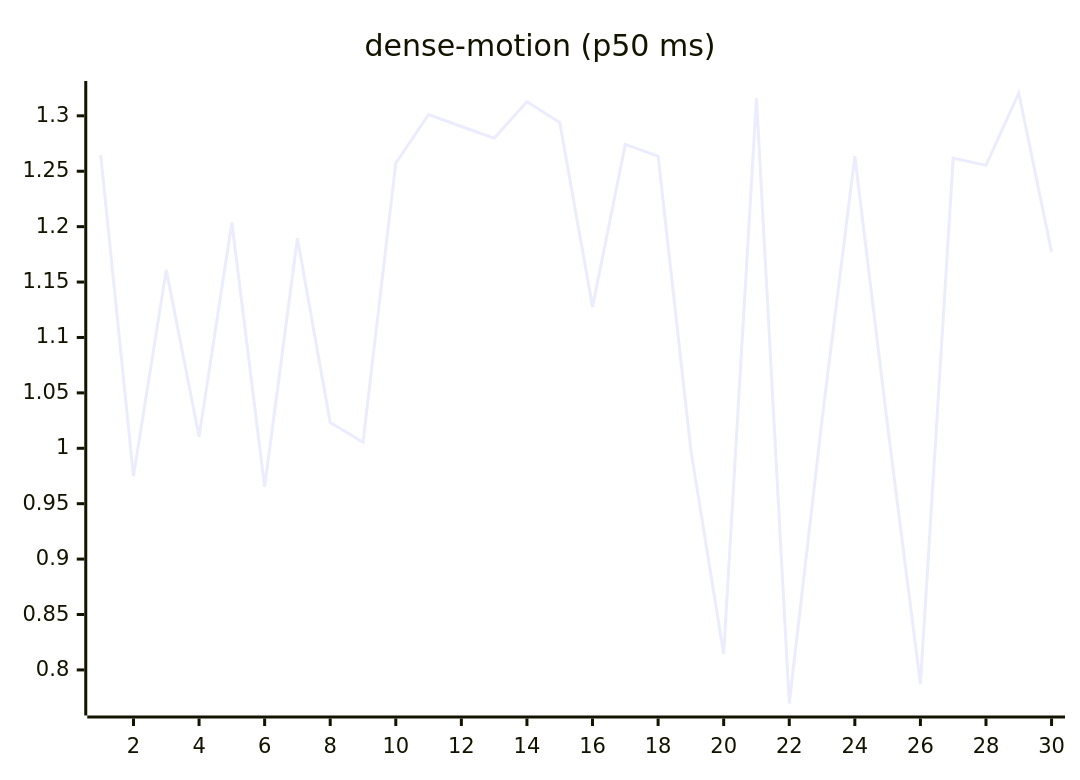
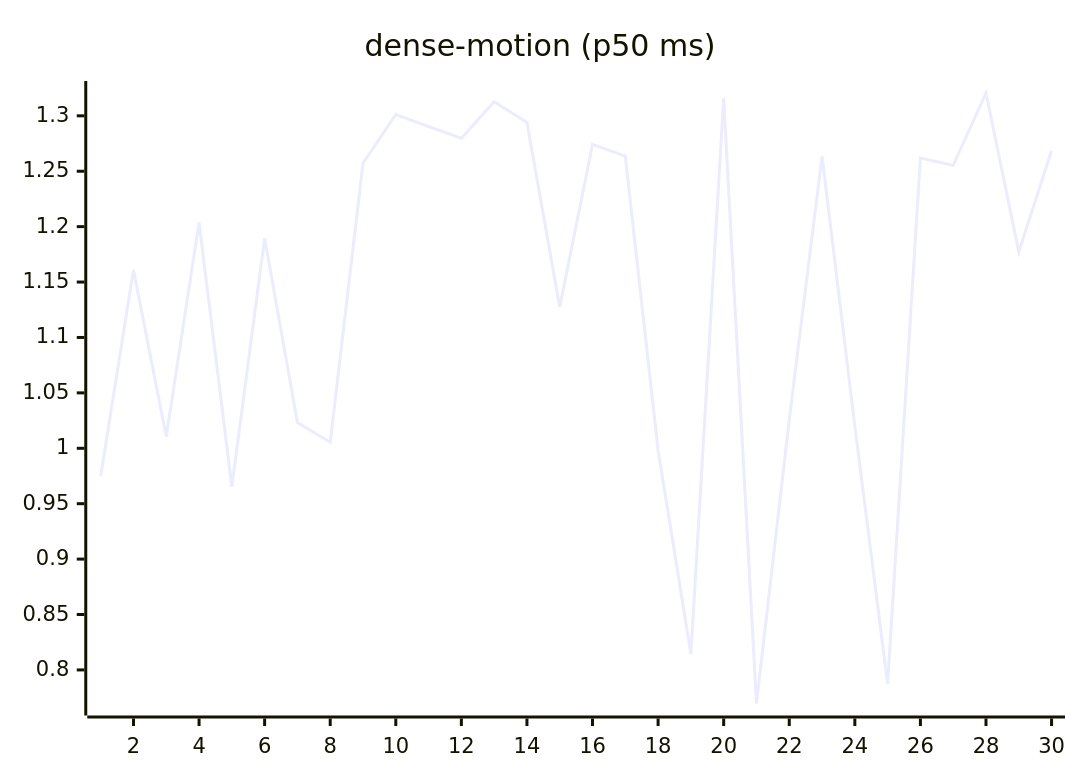
The ninth of 27 diagrams in README.md (josha/Facet), drawn with Mermaid before and after one commit. The commit also changed other lines of this file and 2 other files, not shown here.

````diff
--- a/README.md
+++ b/README.md
@@ -119,6 +119,6 @@
 ```mermaid
 xychart-beta
     title "dense-motion (p50 ms)"
     x-axis 1 --> 30
-    line [1.2646, 0.9749, 1.1610, 1.0105, 1.2037, 0.9653, 1.1895, 1.0233, 1.0054, 1.2572, 1.3012, 1.2904, 1.2798, 1.3128, 1.2940, 1.1276, 1.2742, 1.2636, 0.9981, 0.8144, 1.3160, 0.7697, 1.0258, 1.2636, 1.0200, 0.7874, 1.2619, 1.2553, 1.3206, 1.1772]
+    line [0.9749, 1.1610, 1.0105, 1.2037, 0.9653, 1.1895, 1.0233, 1.0054, 1.2572, 1.3012, 1.2904, 1.2798, 1.3128, 1.2940, 1.1276, 1.2742, 1.2636, 0.9981, 0.8144, 1.3160, 0.7697, 1.0258, 1.2636, 1.0200, 0.7874, 1.2619, 1.2553, 1.3206, 1.1772, 1.2685]
 ```
````
